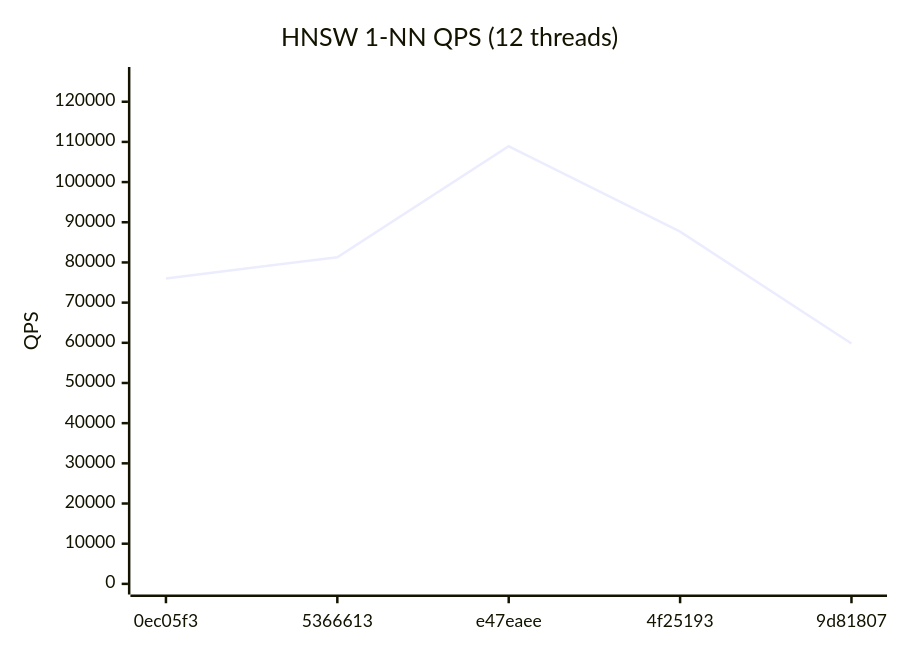
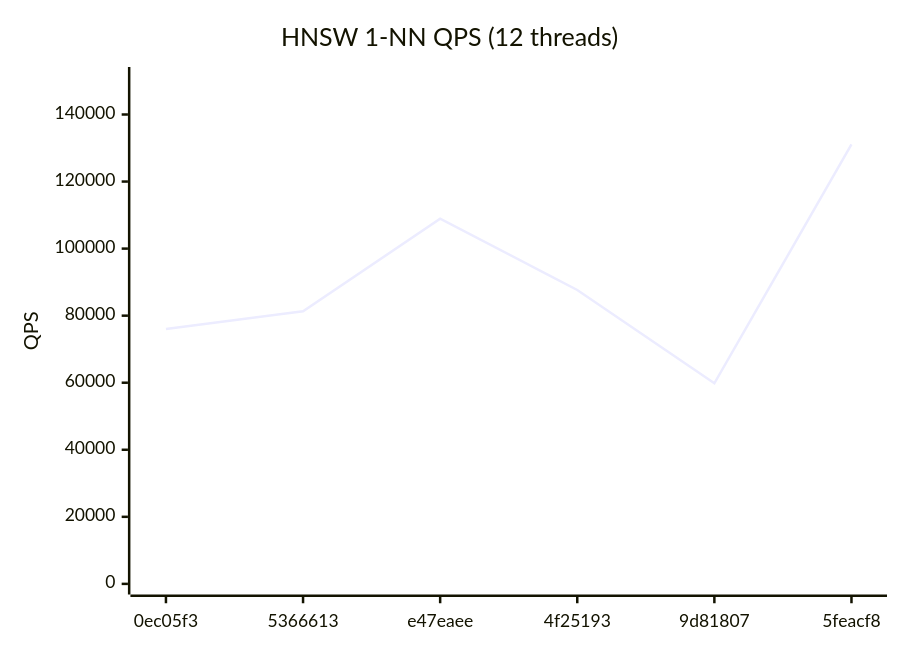
One commit to bibidhSubedi0/RedBoxDb changed the second of 4 diagrams in benchmarks/REPORT.md. Above: the diagram before and after it, drawn with Mermaid. The commit also changed other lines of this file and 1 other file, not shown here.

Commit message:
bench: update performance report [5feacf8] [skip ci]

````diff
--- a/benchmarks/REPORT.md
+++ b/benchmarks/REPORT.md
@@ -29,7 +29,7 @@
 ```mermaid
 xychart-beta
   title "HNSW 1-NN QPS (12 threads)"
-  x-axis ["0ec05f3", "5366613", "e47eaee", "4f25193", "9d81807"]
-  y-axis "QPS" 0 --> 126000
-  line [76009, 81296, 108905, 87655, 59834]
+  x-axis ["0ec05f3", "5366613", "e47eaee", "4f25193", "9d81807", "5feacf8"]
+  y-axis "QPS" 0 --> 151000
+  line [76009, 81296, 108905, 87655, 59834, 131066]
 ```
````
